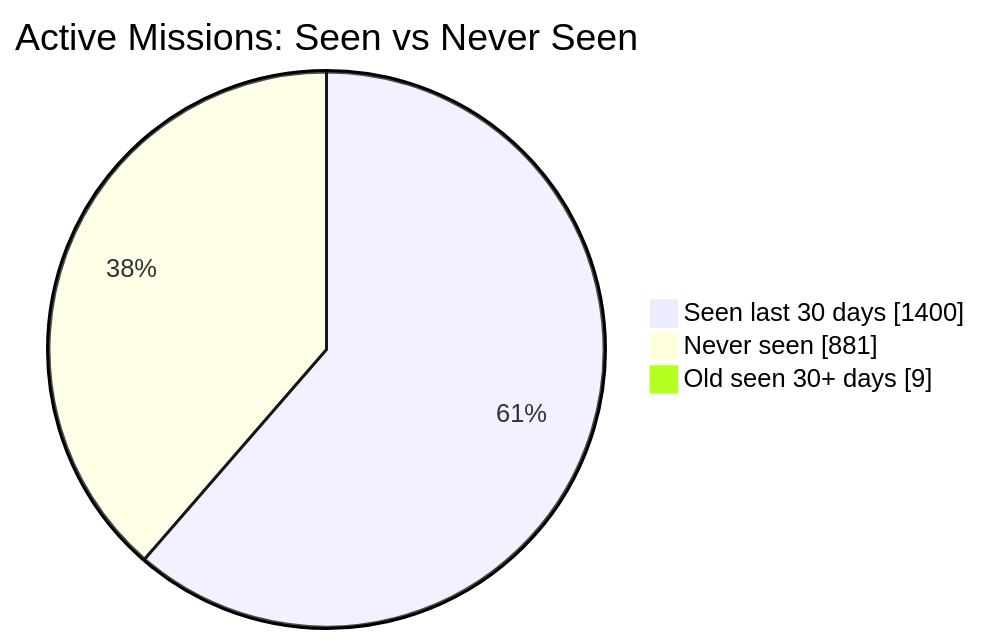
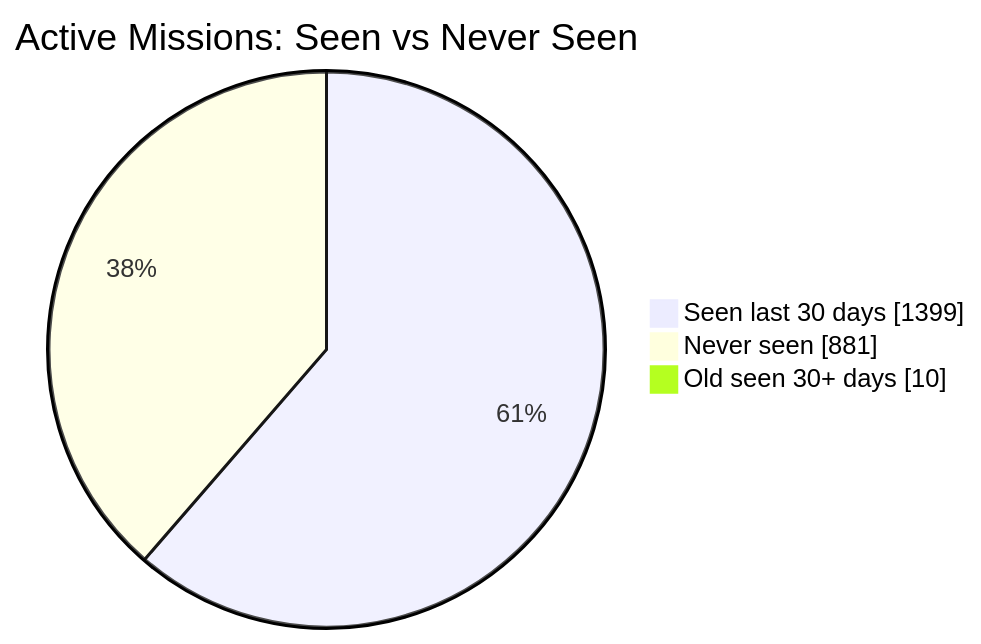
Before and after one commit to MeldkamerspelGameTeam/active-missions: the first of 2 diagrams in README.md, drawn with Mermaid. The commit also changed other lines of this file and 3 other files, not shown here.

````diff
--- a/README.md
+++ b/README.md
@@ -34,7 +34,7 @@
 ```mermaid
 pie showData
     title Active Missions: Seen vs Never Seen
-    "Seen last 30 days" : 1400
+    "Seen last 30 days" : 1399
     "Never seen" : 881
-    "Old seen 30+ days" : 9
+    "Old seen 30+ days" : 10
 ```
````
